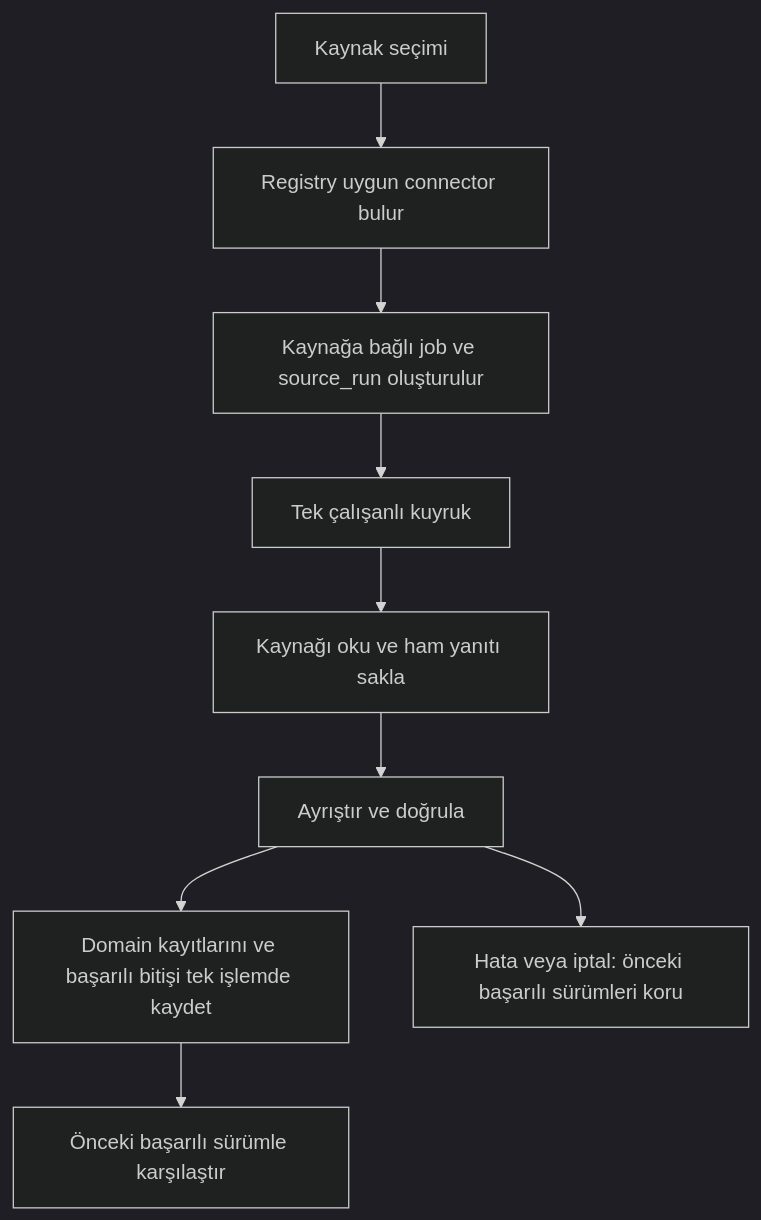
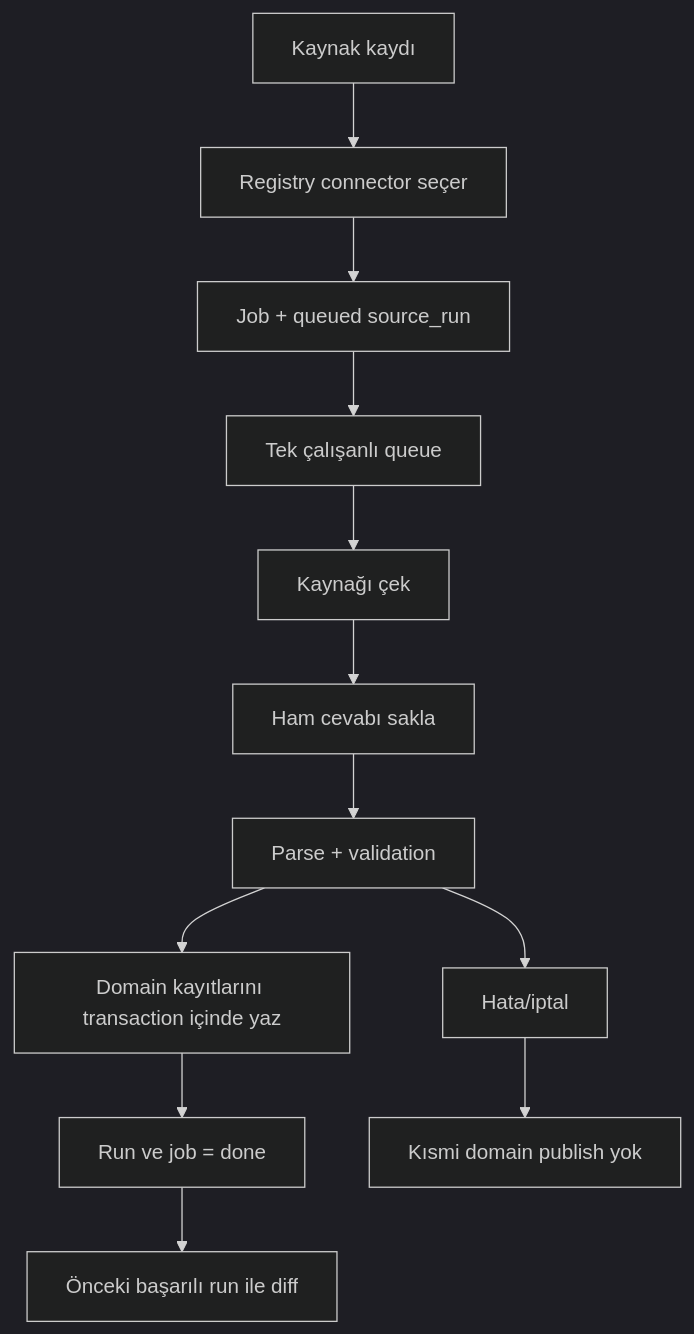
The diagram in CALISMA_MANTIGI.md (bemonths/tatilya), drawn with Mermaid (dark theme) before and after one commit. The commit also changed other lines of this file and 12 other files, not shown here.

````diff
--- a/CALISMA_MANTIGI.md
+++ b/CALISMA_MANTIGI.md
@@ -21,11 +175,14 @@
 ```mermaid
 flowchart TD
-    A[Kaynak seçimi] --> B[Registry uygun connector bulur]
-    B --> C[Kaynağa bağlı job ve source_run oluşturulur]
-    C --> D[Tek çalışanlı kuyruk]
-    D --> E[Kaynağı oku ve ham yanıtı sakla]
-    E --> F[Ayrıştır ve doğrula]
-    F --> G[Domain kayıtlarını ve başarılı bitişi tek işlemde kaydet]
-    G --> H[Önceki başarılı sürümle karşılaştır]
-    F --> I[Hata veya iptal: önceki başarılı sürümleri koru]
+    A[Kaynak kaydı] --> B[Registry connector seçer]
+    B --> C[Job + queued source_run]
+    C --> D[Tek çalışanlı queue]
+    D --> E[Kaynağı çek]
+    E --> F[Ham cevabı sakla]
+    F --> G[Parse + validation]
+    G --> H[Domain kayıtlarını transaction içinde yaz]
+    H --> I[Run ve job = done]
+    I --> J[Önceki başarılı run ile diff]
+    G --> K[Hata/iptal]
+    K --> L[Kısmi domain publish yok]
 ```
````
